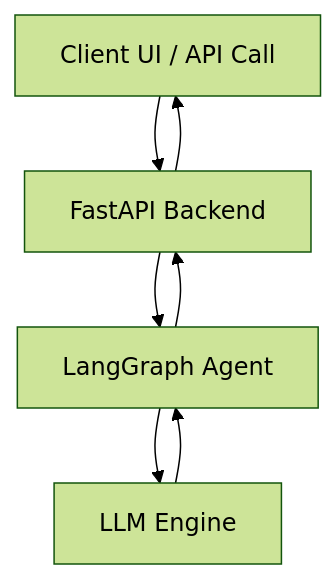
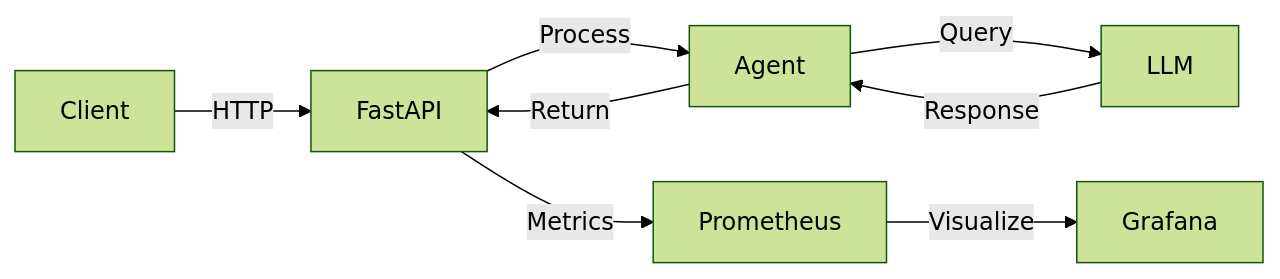
Before and after one commit to babuvenky76/AgentFabric_AutoAssist: the first of 2 diagrams in README.md, drawn with Mermaid (forest theme). The commit also changed other lines of this file, not shown here.

````diff
--- a/README.md
+++ b/README.md
@@ -385,9 +81,10 @@
 ```mermaid
-flowchart TD
-    A[Client UI / API Call] --> B[FastAPI Backend]
-    B --> C[LangGraph Agent]
-    C --> D[LLM Engine]
-    D --> C
-    C --> B
-    B --> A
+flowchart LR
+    A[Client] -->|HTTP| B[FastAPI]
+    B -->|Process| C[Agent]
+    C -->|Query| D[LLM]
+    D -->|Response| C
+    C -->|Return| B
+    B -->|Metrics| E[Prometheus]
+    E -->|Visualize| F[Grafana]
 ```
````
